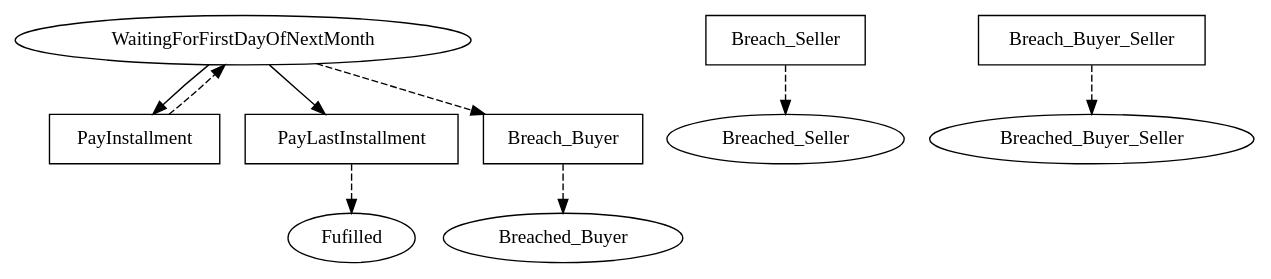
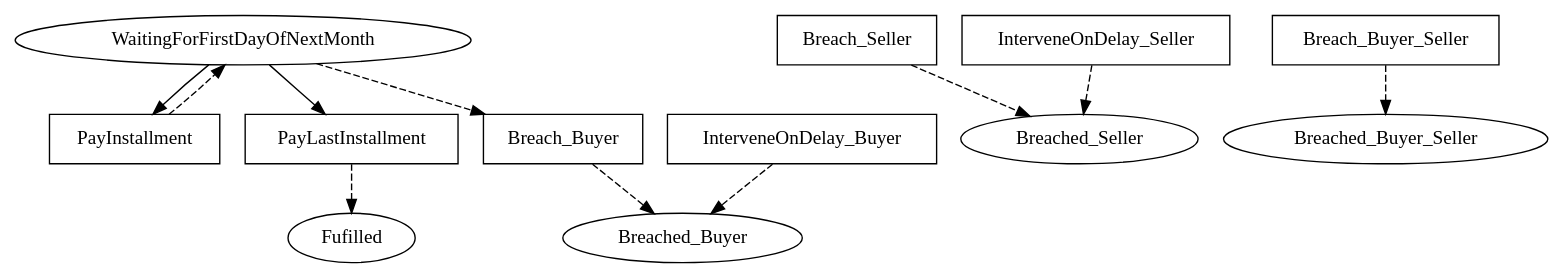
Before and after one commit to Marcao02/complaw-deeptech: the diagram in linear_state_machine_language/pyL4/examples/out_graphviz/from_academic_lit/hvitved_instalment_sale--simplified_time.dot, drawn with Graphviz. The commit also changed 71 other files, not shown here.

Commit message:
eliminate `discretionary` and `should` keywords and introduce `Arbiter` Role and `interveneOnDelay` actions

```diff
--- a/linear_state_machine_language/pyL4/examples/out_graphviz/from_academic_lit/hvitved_instalment_sale--simplified_time.dot
+++ b/linear_state_machine_language/pyL4/examples/out_graphviz/from_academic_lit/hvitved_instalment_sale--simplified_time.dot
@@ -1,31 +1,35 @@
 // THIS IS A GENERATED FILE. DO NOT EDIT.
 
 digraph Instalment_Sale_Hvitved {    
     Fulfilled[label=Fufilled];
     WaitingForFirstDayOfNextMonth[label=WaitingForFirstDayOfNextMonth];
 	Breached_Seller[label=Breached_Seller];
 	Breached_Buyer[label=Breached_Buyer];
 	Breached_Buyer_Seller[label=Breached_Buyer_Seller]
     
      
     PayInstallment[label=PayInstallment,shape=box];
 	PayLastInstallment[label=PayLastInstallment,shape=box];
 	Breach_Seller[label=Breach_Seller,shape=box];
 	Breach_Buyer[label=Breach_Buyer,shape=box];
-	Breach_Buyer_Seller[label=Breach_Buyer_Seller,shape=box]    
+	Breach_Buyer_Seller[label=Breach_Buyer_Seller,shape=box];
+	InterveneOnDelay_Buyer[label=InterveneOnDelay_Buyer,shape=box];
+	InterveneOnDelay_Seller[label=InterveneOnDelay_Seller,shape=box]    
     
     
     
     WaitingForFirstDayOfNextMonth -> PayInstallment;
 	WaitingForFirstDayOfNextMonth -> PayLastInstallment;
 	WaitingForFirstDayOfNextMonth -> Breach_Buyer [style=dashed]
     
     PayInstallment -> WaitingForFirstDayOfNextMonth [style=dashed];
 	PayLastInstallment -> Fulfilled [style=dashed];
 	Breach_Seller -> Breached_Seller [style=dashed];
 	Breach_Buyer -> Breached_Buyer [style=dashed];
 	Breach_Buyer_Seller -> Breached_Buyer_Seller [style=dashed];
+	InterveneOnDelay_Buyer -> Breached_Buyer [style=dashed];
+	InterveneOnDelay_Seller -> Breached_Seller [style=dashed];
 	     
     
        
 }
```
